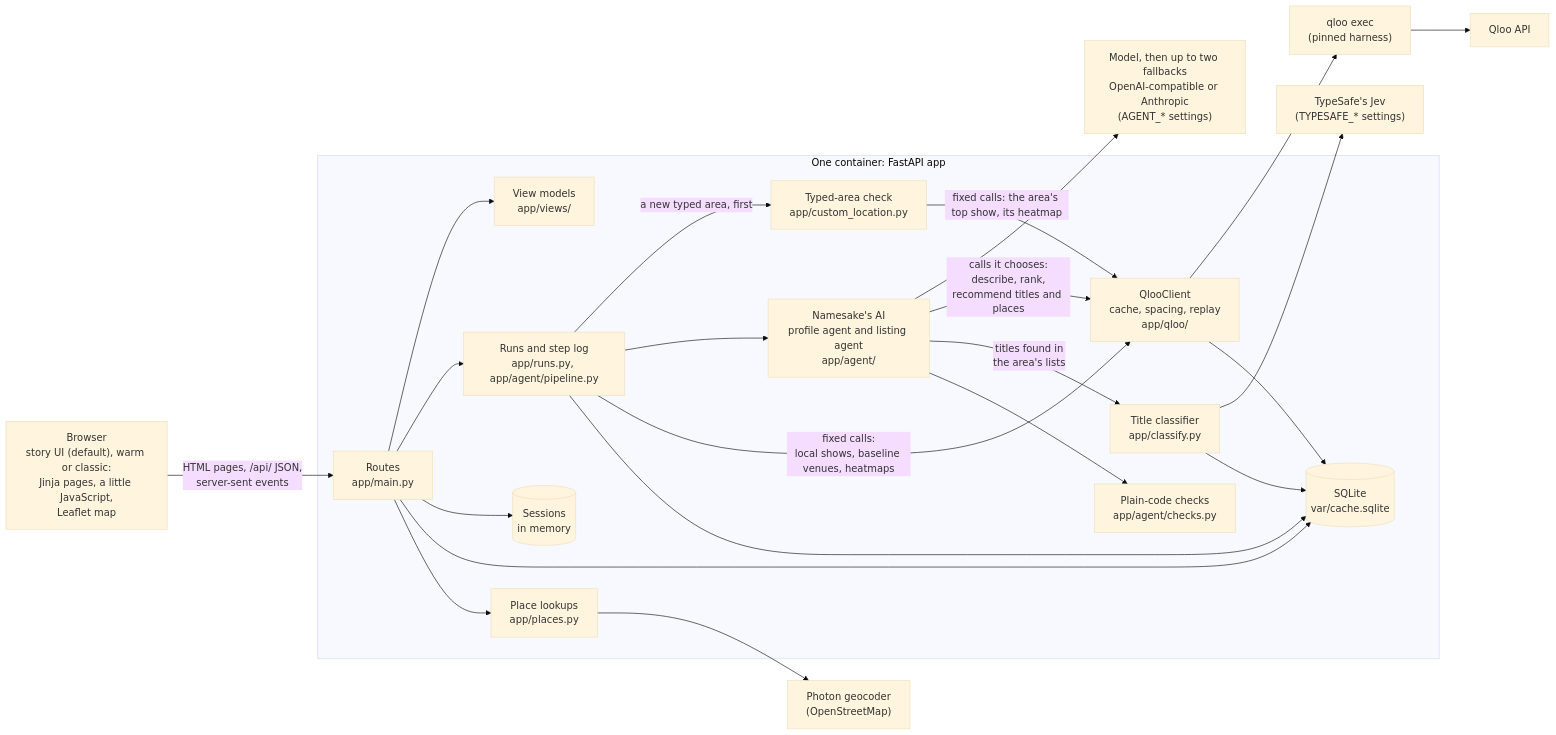
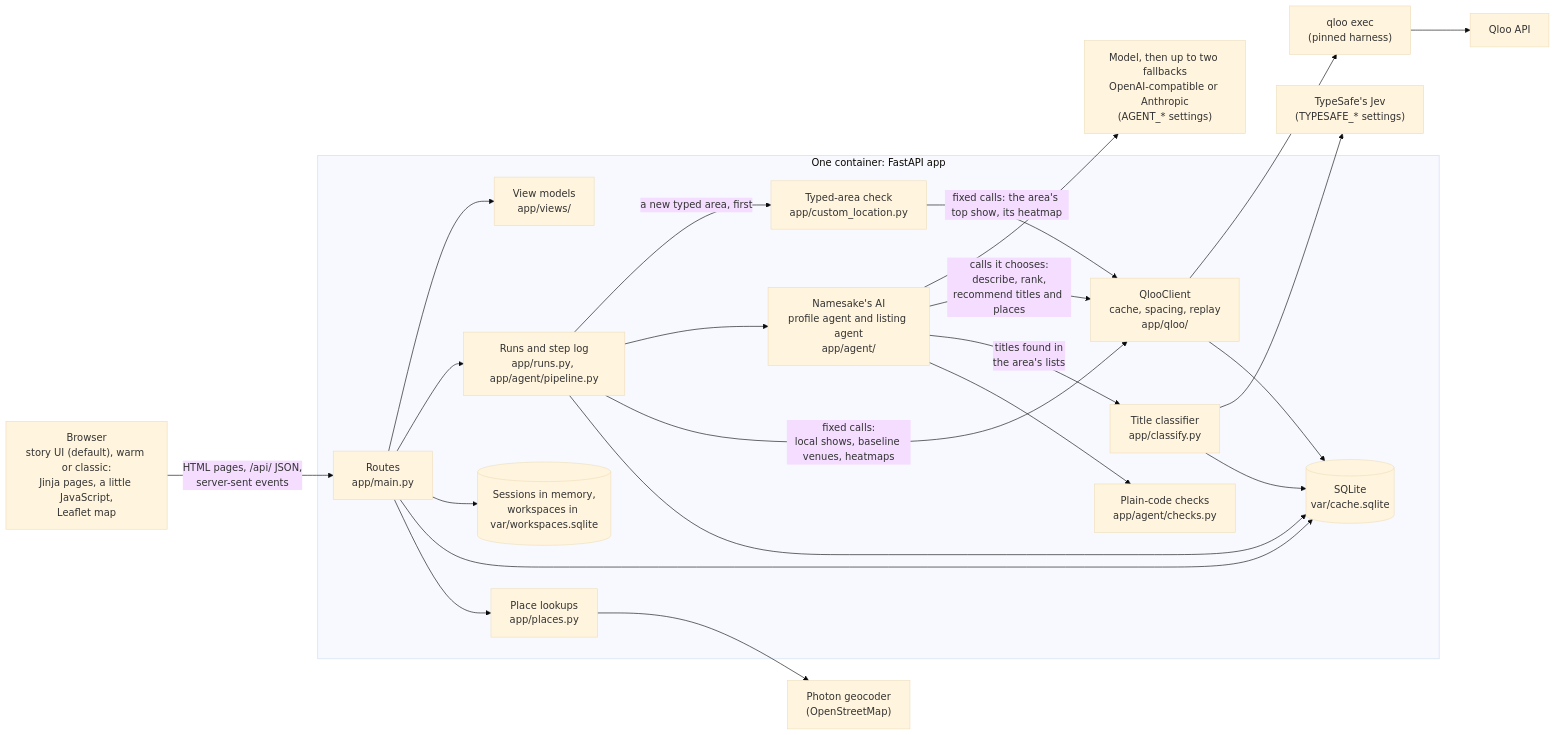
The first of 6 diagrams in docs/architecture.md (bsabau/namesake), drawn with Mermaid (base theme) before and after one commit. The commit also changed other lines of this file and 19 other files, not shown here.

````diff
--- a/docs/architecture.md
+++ b/docs/architecture.md
@@ -7,42 +7,42 @@
 ```mermaid
 flowchart LR
     browser["Browser<br/>story UI (default), warm or classic:<br/>Jinja pages, a little JavaScript,<br/>Leaflet map"]
     subgraph app["One container: FastAPI app"]
         routes["Routes<br/>app/main.py"]
         views["View models<br/>app/views/"]
         typed["Typed-area check<br/>app/custom_location.py"]
         runs["Runs and step log<br/>app/runs.py, app/agent/pipeline.py"]
         agents["Namesake's AI<br/>profile agent and listing agent<br/>app/agent/"]
         checks["Plain-code checks<br/>app/agent/checks.py"]
         qclient["QlooClient<br/>cache, spacing, replay<br/>app/qloo/"]
         places["Place lookups<br/>app/places.py"]
         classify["Title classifier<br/>app/classify.py"]
         db[("SQLite<br/>var/cache.sqlite")]
-        sessions[("Sessions<br/>in memory")]
+        sessions[("Sessions in memory,<br/>workspaces in var/workspaces.sqlite")]
     end
     harness["qloo exec<br/>(pinned harness)"]
     qloo["Qloo API"]
     model["Model, then up to two fallbacks<br/>OpenAI-compatible or Anthropic<br/>(AGENT_* settings)"]
     photon["Photon geocoder<br/>(OpenStreetMap)"]
     jev["TypeSafe's Jev<br/>(TYPESAFE_* settings)"]
 
     browser -- "HTML pages, /api/ JSON,<br/>server-sent events" --> routes
     routes --> views
     routes --> runs
     runs -- "a new typed area, first" --> typed
     routes --> sessions
     routes --> db
     runs --> agents
     agents --> model
     agents -- "calls it chooses:<br/>describe, rank,<br/>recommend titles and places" --> qclient
     agents -- "titles found in<br/>the area's lists" --> classify
     classify --> jev
     classify --> db
     agents --> checks
     runs -- "fixed calls:<br/>local shows, baseline venues, heatmaps" --> qclient
     typed -- "fixed calls: the area's top show, its heatmap" --> qclient
     qclient --> harness --> qloo
     qclient --> db
     runs --> db
     routes --> places --> photon
 ```
````
